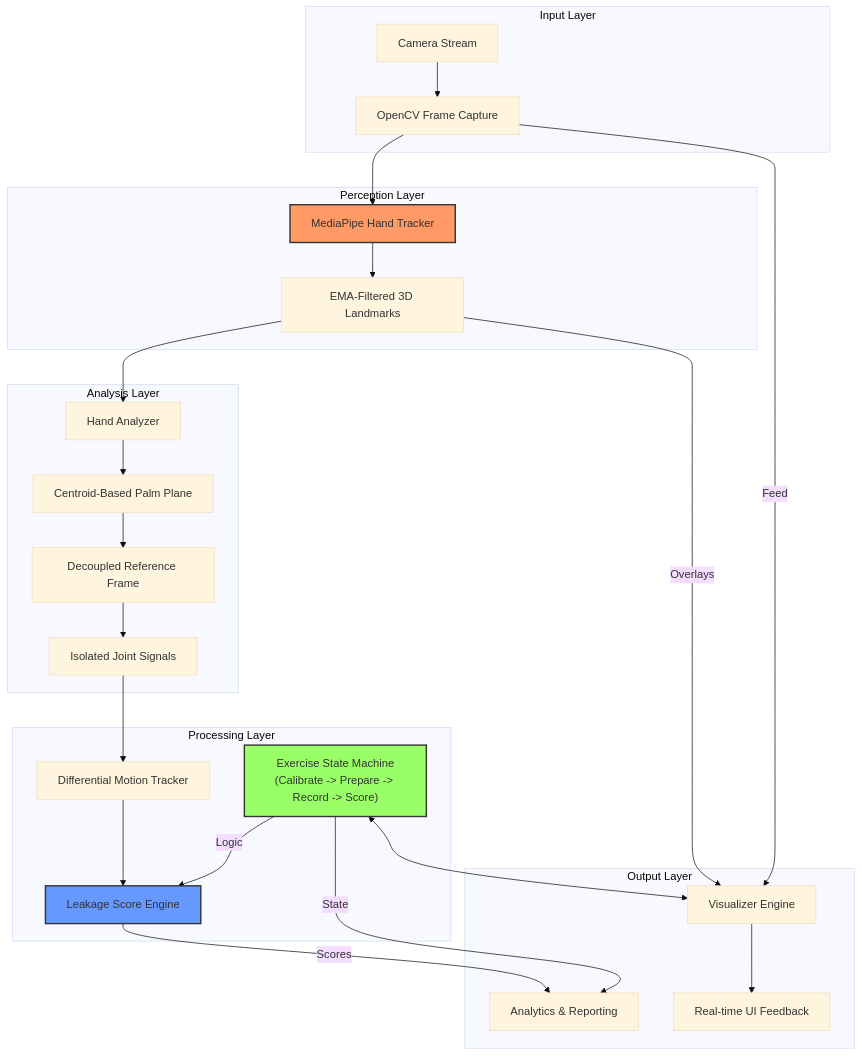
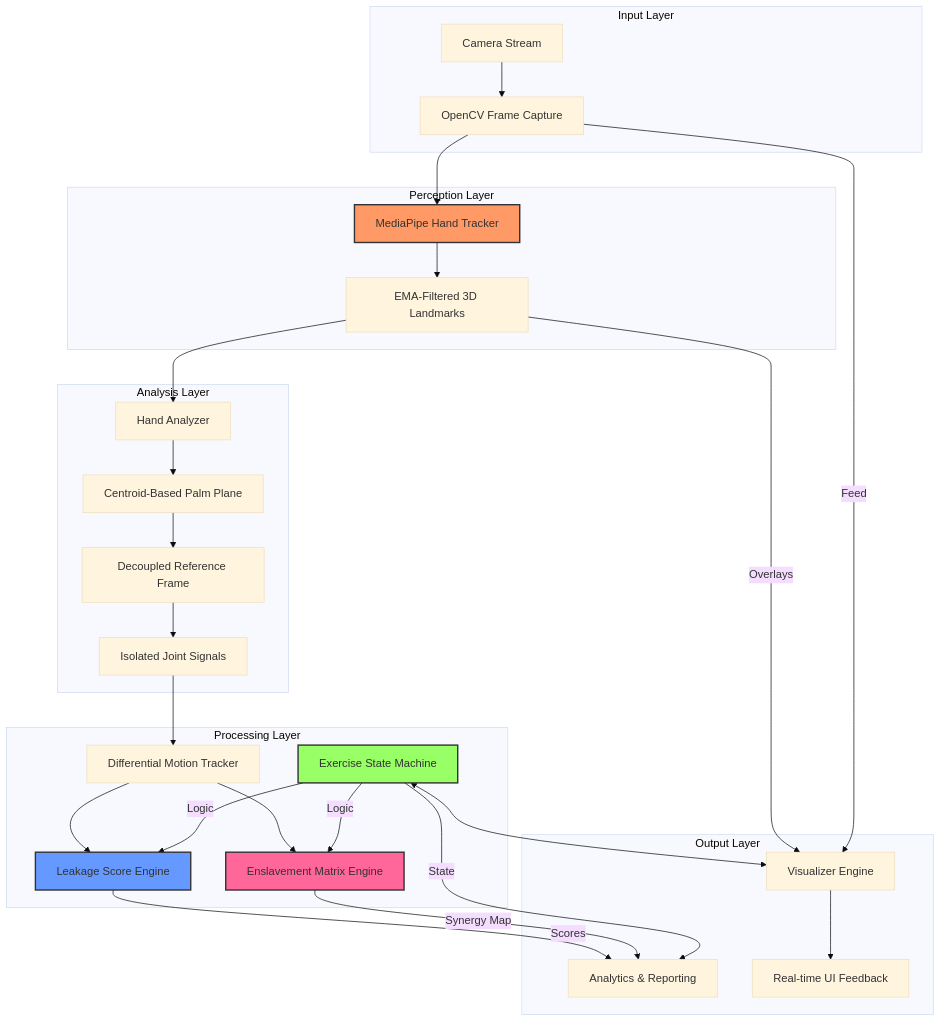
One commit to sadhumitha-s/finger-independence changed the diagram in README.md. Above: the diagram before and after it, drawn with Mermaid (base theme). The commit also changed other lines of this file and 20 other files, not shown here.

Commit message:
refactor: restructure project layout, implement enslavement matrix tracking, and update documentation

````diff
--- a/README.md
+++ b/README.md
@@ -121,37 +148,41 @@
 ```mermaid
 graph TD
     subgraph "Input Layer"
         A[Camera Stream] --> B[OpenCV Frame Capture]
     end
 
     subgraph "Perception Layer"
         B --> C[MediaPipe Hand Tracker]
         C --> D[EMA-Filtered 3D Landmarks]
     end
 
     subgraph "Analysis Layer"
         D --> E[Hand Analyzer]
         E --> F[Centroid-Based Palm Plane]
         F --> G[Decoupled Reference Frame]
         G --> H[Isolated Joint Signals]
     end
 
     subgraph "Processing Layer"
         H --> I[Differential Motion Tracker]
         I --> J[Leakage Score Engine]
-        K["Exercise State Machine<br/>(Calibrate -> Prepare -> Record -> Score)"] -- Logic --> J
+        I --> P[Enslavement Matrix Engine]
+        K["Exercise State Machine"] -- Logic --> J
+        K -- Logic --> P
     end
 
     subgraph "Output Layer"
         J -- Scores --> N[Analytics & Reporting]
+        P -- Synergy Map --> N
         K -- State --> N
         K <--> M[Visualizer Engine]
         D -- Overlays --> M
         B -- Feed --> M
         M --> O[Real-time UI Feedback]
     end
 
     style C fill:#f96,stroke:#333,stroke-width:2px
     style J fill:#69f,stroke:#333,stroke-width:2px
+    style P fill:#f69,stroke:#333,stroke-width:2px
     style K fill:#9f6,stroke:#333,stroke-width:2px
 ```
````
